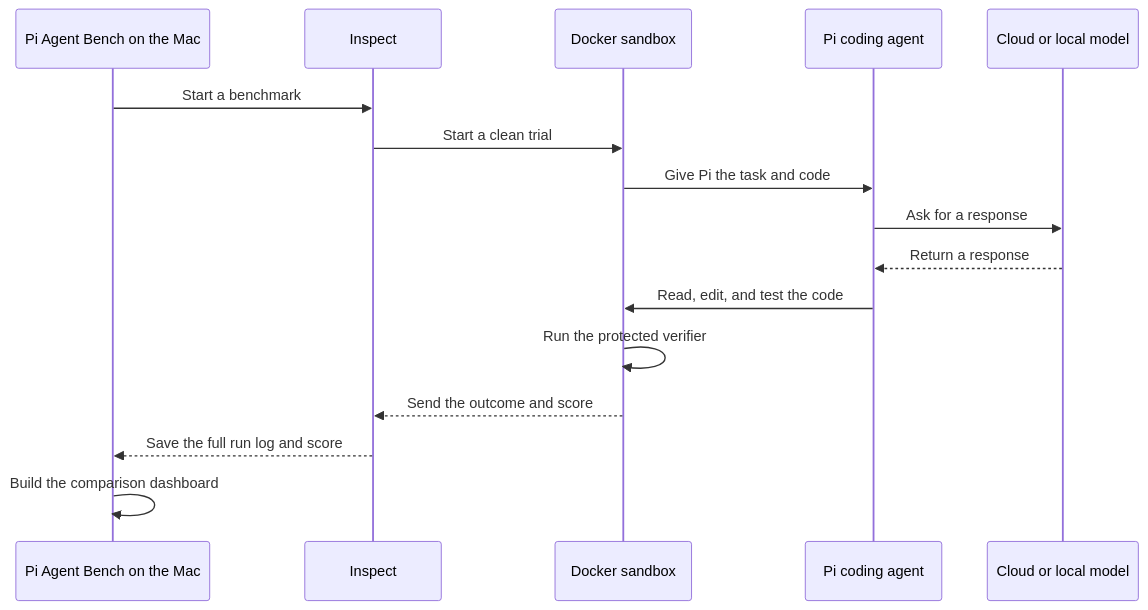
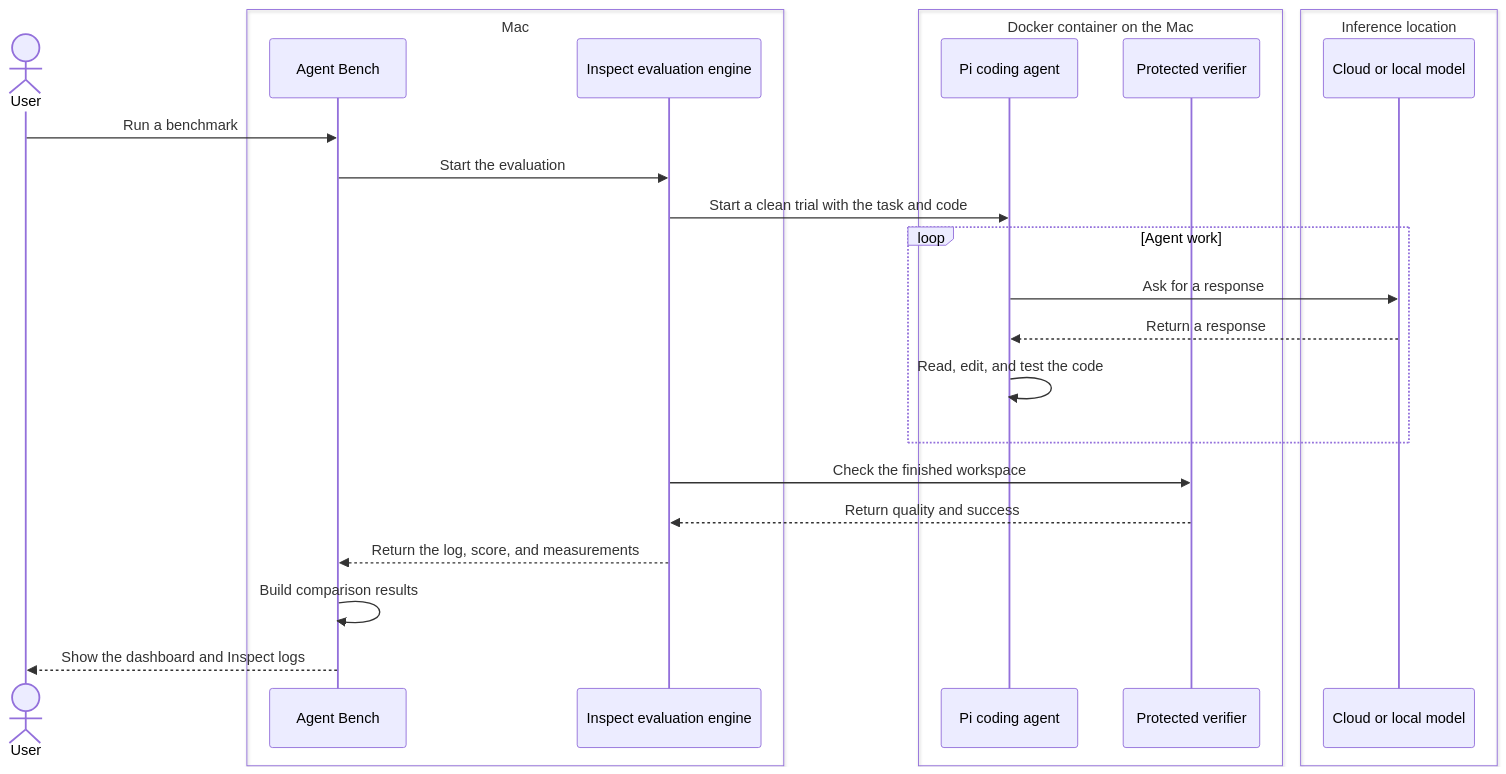
Before and after one commit to barryking/pi-agent-bench: the diagram in README.md, drawn with Mermaid. The commit also changed other lines of this file, not shown here.

Commit message:
Clarify benchmark runtime boundaries (#10)
* Clarify benchmark runtime boundaries

* Remove unnecessary filesystem wording

---------

````diff
--- a/README.md
+++ b/README.md
@@ -26,19 +26,34 @@
 ```mermaid
 sequenceDiagram
-    participant Mac as Pi Agent Bench on the Mac
-    participant Inspect as Inspect
-    participant Sandbox as Docker sandbox
-    participant Pi as Pi coding agent
-    participant Model as Cloud or local model
+    actor User
 
-    Mac->>Inspect: Start a benchmark
-    Inspect->>Sandbox: Start a clean trial
-    Sandbox->>Pi: Give Pi the task and code
-    Pi->>Model: Ask for a response
-    Model-->>Pi: Return a response
-    Pi->>Sandbox: Read, edit, and test the code
-    Sandbox->>Sandbox: Run the protected verifier
-    Sandbox-->>Inspect: Send the outcome and score
-    Inspect-->>Mac: Save the full run log and score
-    Mac->>Mac: Build the comparison dashboard
+    box Mac
+        participant Bench as Agent Bench
+        participant Inspect as Inspect evaluation engine
+    end
+
+    box Docker container on the Mac
+        participant Pi as Pi coding agent
+        participant Verify as Protected verifier
+    end
+
+    box Inference location
+        participant Model as Cloud or local model
+    end
+
+    User->>Bench: Run a benchmark
+    Bench->>Inspect: Start the evaluation
+    Inspect->>Pi: Start a clean trial with the task and code
+
+    loop Agent work
+        Pi->>Model: Ask for a response
+        Model-->>Pi: Return a response
+        Pi->>Pi: Read, edit, and test the code
+    end
+
+    Inspect->>Verify: Check the finished workspace
+    Verify-->>Inspect: Return quality and success
+    Inspect-->>Bench: Return the log, score, and measurements
+    Bench->>Bench: Build comparison results
+    Bench-->>User: Show the dashboard and Inspect logs
 ```
````
